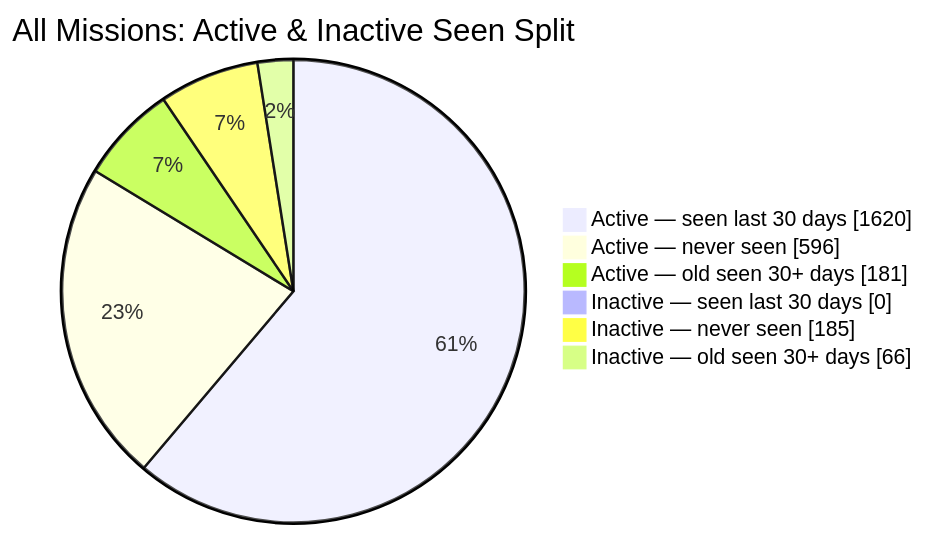
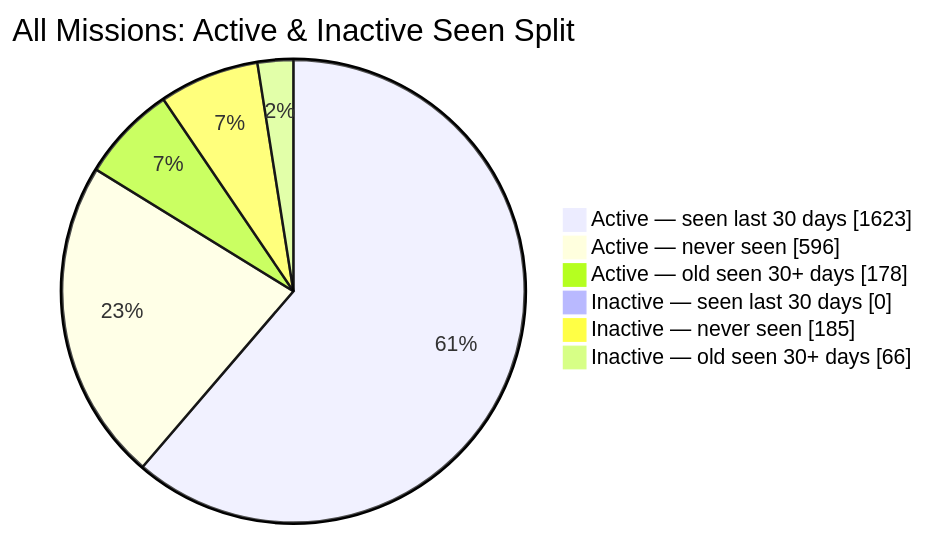
Before and after one commit to MeldkamerspelGameTeam/active-missions: the second of 2 diagrams in README.md, drawn with Mermaid. The commit also changed other lines of this file and 2 other files, not shown here.

````diff
--- a/README.md
+++ b/README.md
@@ -44,10 +44,10 @@
 ```mermaid
 pie showData
     title All Missions: Active & Inactive Seen Split
-    "Active — seen last 30 days" : 1620
+    "Active — seen last 30 days" : 1623
     "Active — never seen" : 596
-    "Active — old seen 30+ days" : 181
+    "Active — old seen 30+ days" : 178
     "Inactive — seen last 30 days" : 0
     "Inactive — never seen" : 185
     "Inactive — old seen 30+ days" : 66
 ```
````
